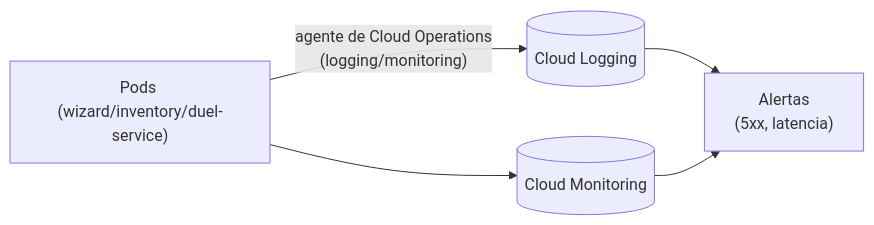
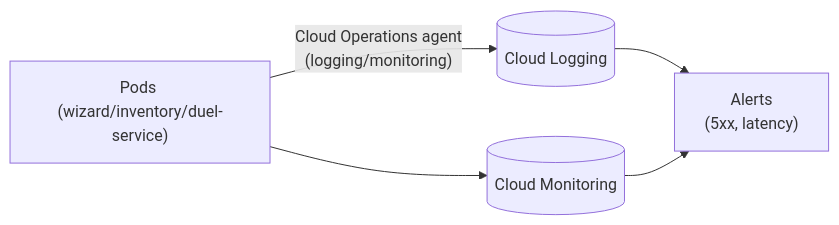
One commit to aabse/hogwarts-backend changed the diagram in GKE_GCP_DEPLOYMENT/10_observability_logging_monitoring.md. Above: the diagram before and after it, drawn with Mermaid. The commit also changed other lines of this file and 14 other files, not shown here.

````diff
--- a/GKE_GCP_DEPLOYMENT/10_observability_logging_monitoring.md
+++ b/GKE_GCP_DEPLOYMENT/10_observability_logging_monitoring.md
@@ -19,7 +19,7 @@
 ```mermaid
 flowchart LR
-    P["Pods (wizard/inventory/duel-service)"] -->|"agente de Cloud Operations<br/>(logging/monitoring)"| CL[("Cloud Logging")]
+    P["Pods (wizard/inventory/duel-service)"] -->|"Cloud Operations agent<br/>(logging/monitoring)"| CL[("Cloud Logging")]
     P --> CM[("Cloud Monitoring")]
-    CL --> AL["Alertas<br/>(5xx, latencia)"]
+    CL --> AL["Alerts<br/>(5xx, latency)"]
     CM --> AL
 ```
````
